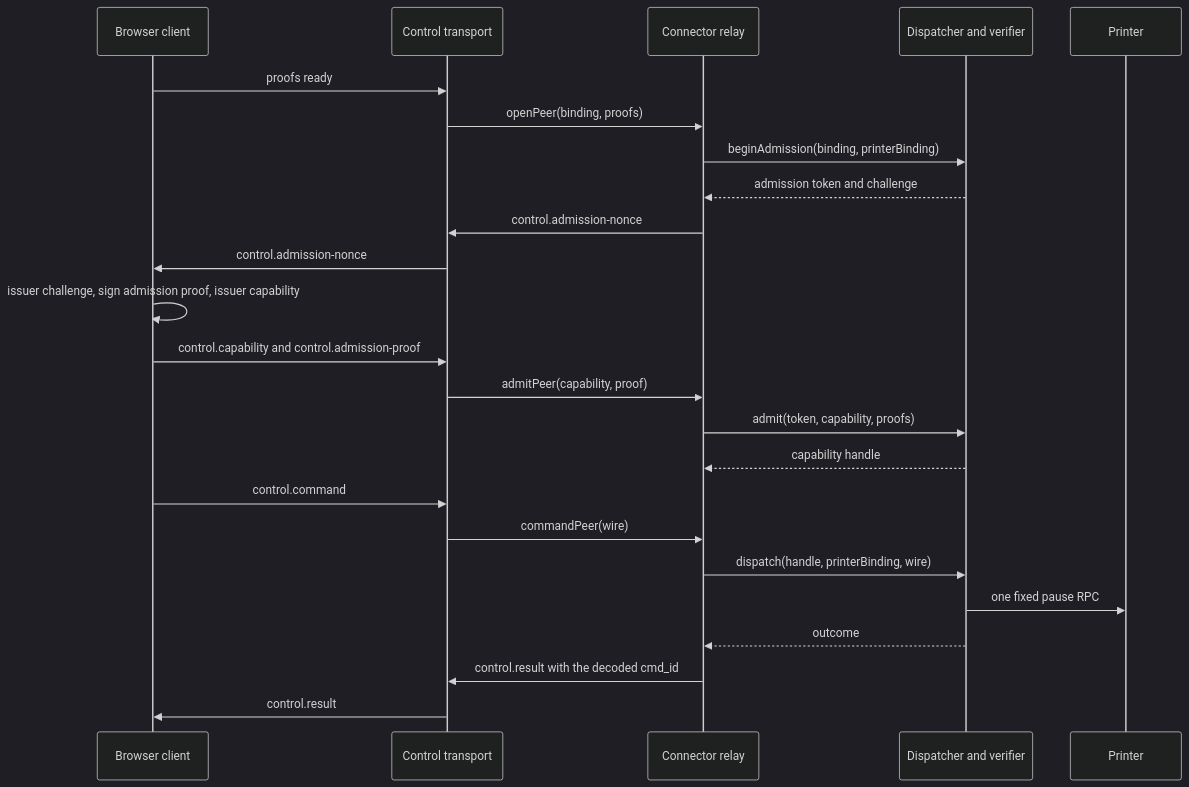
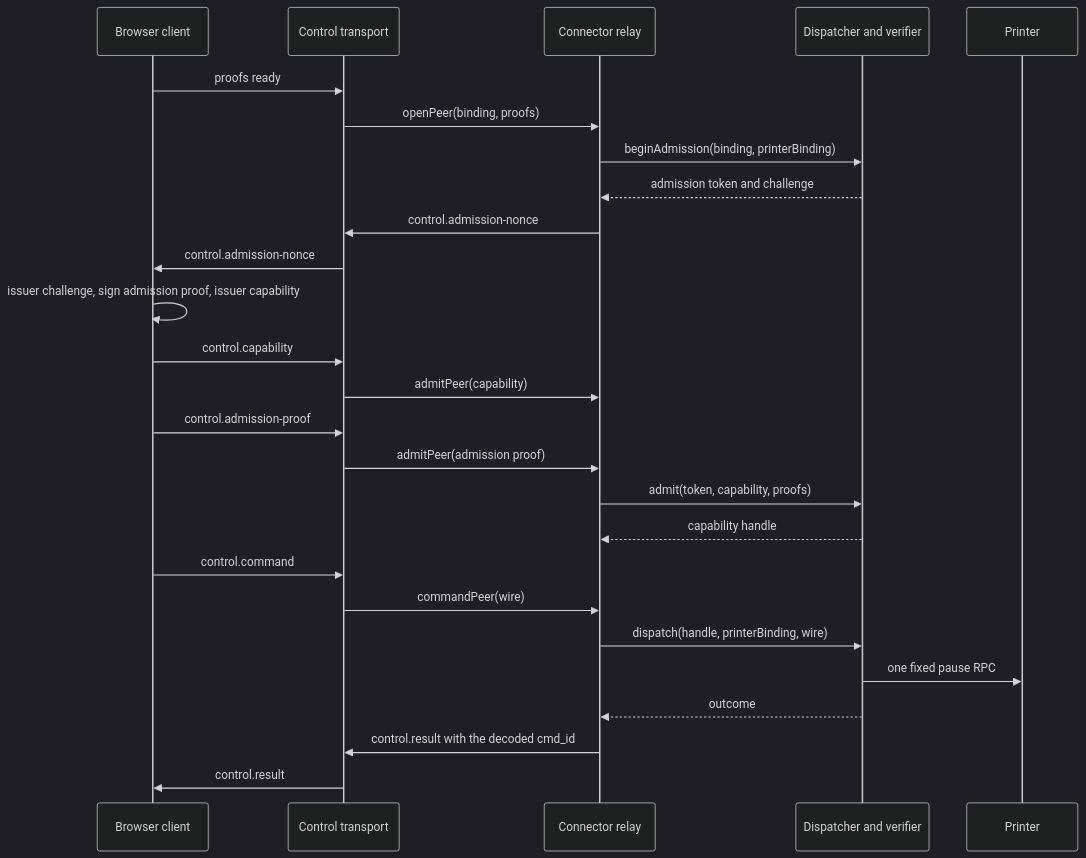
The diagram in docs/PAUSE-COMMAND-RELAY-CHECKPOINT.md (bloodf/Open3DFarmManager), drawn with Mermaid (dark theme) before and after one commit. The commit also changed other lines of this file and 4 other files, not shown here.

````diff
--- a/docs/PAUSE-COMMAND-RELAY-CHECKPOINT.md
+++ b/docs/PAUSE-COMMAND-RELAY-CHECKPOINT.md
@@ -31,27 +32,29 @@
 ```mermaid
 sequenceDiagram
     participant B as Browser client
     participant T as Control transport
     participant R as Connector relay
     participant D as Dispatcher and verifier
     participant P as Printer
 
     B->>T: proofs ready
     T->>R: openPeer(binding, proofs)
     R->>D: beginAdmission(binding, printerBinding)
     D-->>R: admission token and challenge
     R->>T: control.admission-nonce
     T->>B: control.admission-nonce
     B->>B: issuer challenge, sign admission proof, issuer capability
-    B->>T: control.capability and control.admission-proof
-    T->>R: admitPeer(capability, proof)
+    B->>T: control.capability
+    T->>R: admitPeer(capability)
+    B->>T: control.admission-proof
+    T->>R: admitPeer(admission proof)
     R->>D: admit(token, capability, proofs)
     D-->>R: capability handle
     B->>T: control.command
     T->>R: commandPeer(wire)
     R->>D: dispatch(handle, printerBinding, wire)
     D->>P: one fixed pause RPC
     D-->>R: outcome
     R->>T: control.result with the decoded cmd_id
     T->>B: control.result
 ```
````
